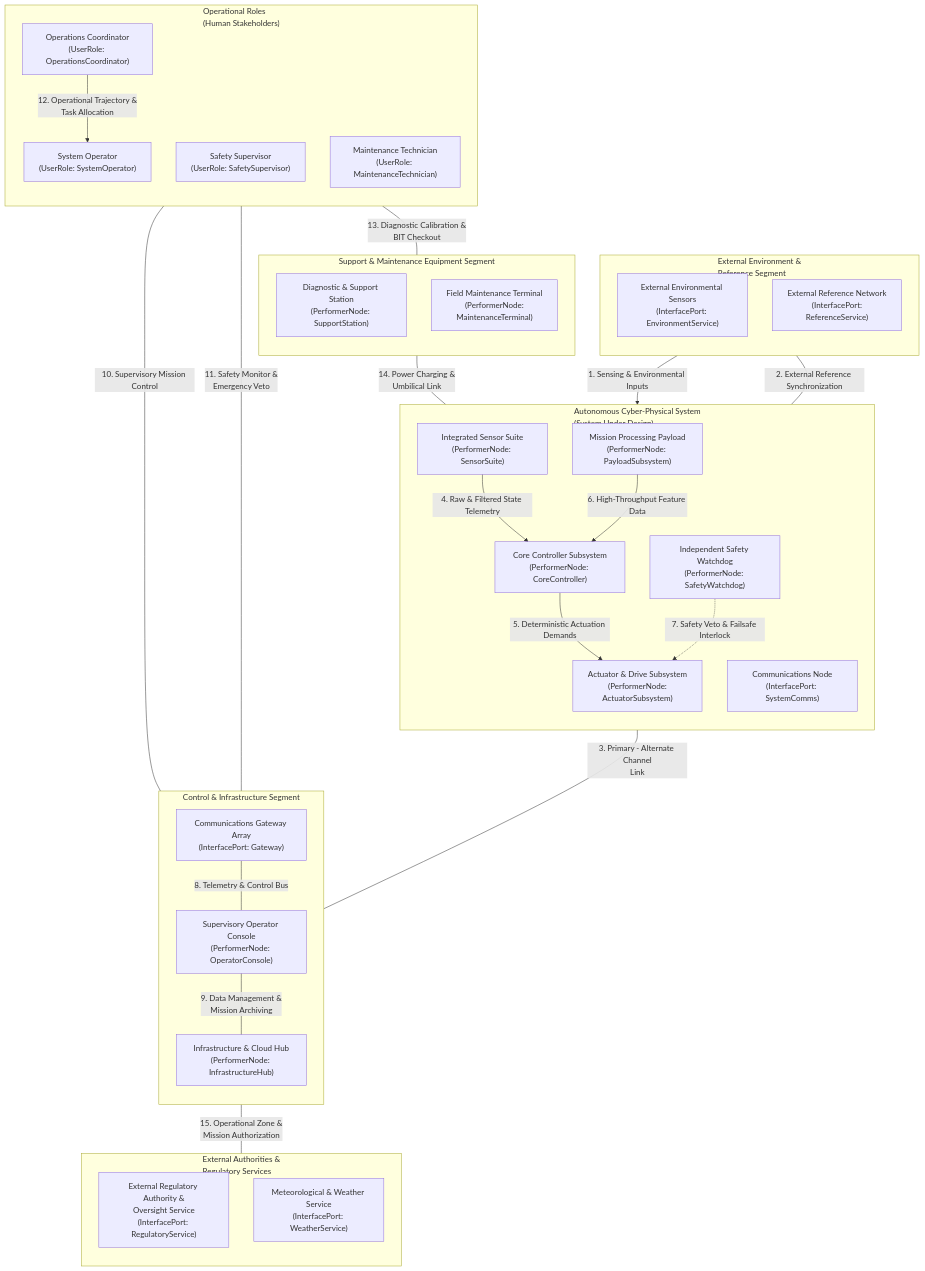
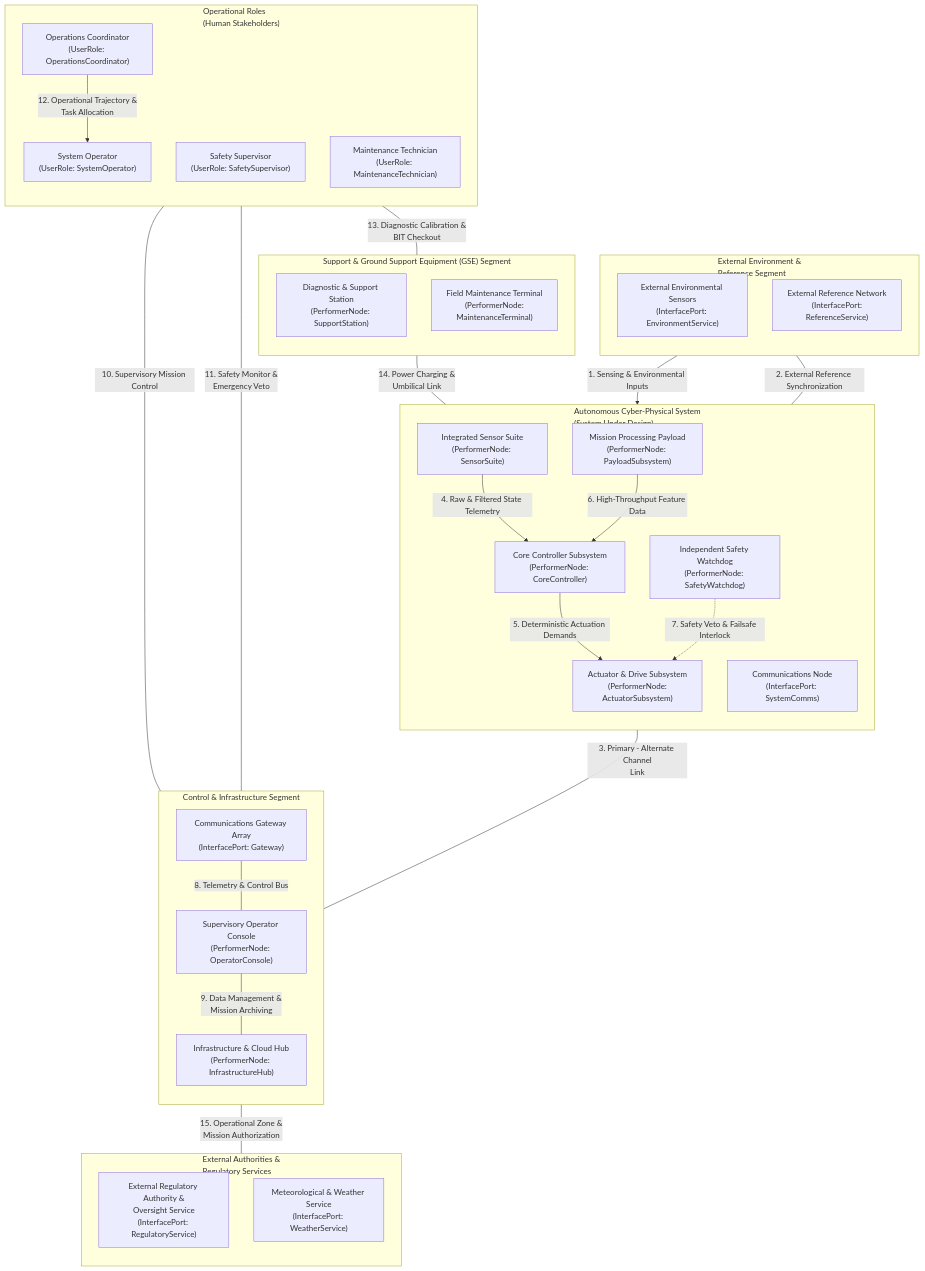
Before and after one commit to gintatkinson/DEAP01-spec-core: the first of 2 diagrams in skills/spec-conops-engineering/resources/units/conops/01_METADATA_AND_OVERVIEW.md, drawn with Mermaid. The commit also changed 2 other files, not shown here.

Commit message:
fix(tooling): synchronize skill resource units with upstream tests (refs #305)

````diff
--- a/skills/spec-conops-engineering/resources/units/conops/01_METADATA_AND_OVERVIEW.md
+++ b/skills/spec-conops-engineering/resources/units/conops/01_METADATA_AND_OVERVIEW.md
@@ -158,61 +158,61 @@
 ```mermaid
 flowchart TB
     subgraph ExternalEnvironmentSegment["External Environment &<br/>Reference Segment"]
         direction TB
         ExternalSensors["External Environmental Sensors<br/>(InterfacePort: EnvironmentService)"]
         ExternalReference["External Reference Network<br/>(InterfacePort:<br/>ReferenceService)"]
     end
 
     subgraph SystemSegment["Autonomous Cyber-Physical System<br/>(System Under Design)"]
         direction TB
         CoreController["Core Controller Subsystem<br/>(PerformerNode: CoreController)"]
         SensorSuite["Integrated Sensor Suite<br/>(PerformerNode: SensorSuite)"]
         ActuatorSubsystem["Actuator & Drive Subsystem<br/>(PerformerNode:<br/>ActuatorSubsystem)"]
         PayloadSubsystem["Mission Processing Payload<br/>(PerformerNode: PayloadSubsystem)"]
         SystemComms["Communications Node<br/>(InterfacePort: SystemComms)"]
         SafetyWatchdog["Independent Safety Watchdog<br/>(PerformerNode: SafetyWatchdog)"]
     end
 
     subgraph ControlSegment["Control & Infrastructure Segment"]
         direction TB
         OperatorConsole["Supervisory Operator Console<br/>(PerformerNode: OperatorConsole)"]
         CommsGatewayArray["Communications Gateway Array<br/>(InterfacePort: Gateway)"]
         InfrastructureHub["Infrastructure & Cloud Hub<br/>(PerformerNode: InfrastructureHub)"]
     end
 
-    subgraph SupportSegment["Support & Maintenance Equipment Segment"]
+    subgraph SupportSegment["Support & Ground Support Equipment (GSE) Segment"]
         direction TB
         SupportEquipment["Diagnostic & Support Station<br/>(PerformerNode: SupportStation)"]
         MaintenanceTerminal["Field Maintenance Terminal<br/>(PerformerNode:<br/>MaintenanceTerminal)"]
     end
 
     subgraph OperationalRoles["Operational Roles<br/>(Human Stakeholders)"]
         direction TB
         SystemOperator["System Operator<br/>(UserRole: SystemOperator)"]
         SafetySupervisor["Safety Supervisor<br/>(UserRole: SafetySupervisor)"]
         OperationsCoordinator["Operations Coordinator<br/>(UserRole: OperationsCoordinator)"]
         MaintenanceTechnician["Maintenance Technician<br/>(UserRole: MaintenanceTechnician)"]
     end
 
     subgraph ExternalAuthorities["External Authorities &<br/>Regulatory Services"]
         direction TB
         RegulatoryAuthority["External Regulatory Authority &<br/>Oversight Service<br/>(InterfacePort: RegulatoryService)"]
         WeatherDataService["Meteorological & Weather Service<br/>(InterfacePort: WeatherService)"]
     end
 
     ExternalSensors -->|"1. Sensing & Environmental Inputs"| SensorSuite
     ExternalReference ---|"2. External Reference Synchronization"| SystemComms
     SystemComms ---|"3. Primary - Alternate Channel<br/>Link"| CommsGatewayArray
     SensorSuite -->|"4. Raw & Filtered State Telemetry"| CoreController
     CoreController -->|"5. Deterministic Actuation Demands"| ActuatorSubsystem
     PayloadSubsystem -->|"6. High-Throughput Feature Data"| CoreController
     SafetyWatchdog -.->|"7. Safety Veto & Failsafe Interlock"| ActuatorSubsystem
     CommsGatewayArray ---|"8. Telemetry & Control Bus"| OperatorConsole
     OperatorConsole ---|"9. Data Management &<br/>Mission Archiving"| InfrastructureHub
     SystemOperator ---|"10. Supervisory Mission Control"| OperatorConsole
     SafetySupervisor ---|"11. Safety Monitor &<br/>Emergency Veto"| OperatorConsole
     OperationsCoordinator -->|"12. Operational Trajectory &<br/>Task Allocation"| SystemOperator
     MaintenanceTechnician ---|"13. Diagnostic Calibration &<br/>BIT Checkout"| MaintenanceTerminal
     SupportEquipment ---|"14. Power Charging &<br/>Umbilical Link"| CoreController
     OperatorConsole ---|"15. Operational Zone &<br/>Mission Authorization"| RegulatoryAuthority
 ```
````
